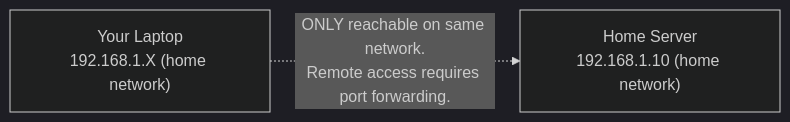
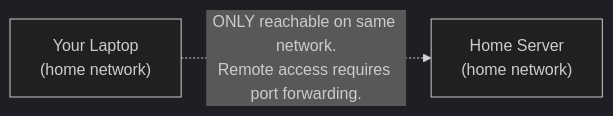
Before and after one commit to hexabyte8/homelab: the first of 2 diagrams in docs/disaster-recovery/technologies/tailscale.md, drawn with Mermaid (dark theme). The commit also changed 22 other files, not shown here.

````diff
--- a/docs/disaster-recovery/technologies/tailscale.md
+++ b/docs/disaster-recovery/technologies/tailscale.md
@@ -16,6 +16,6 @@
 ```mermaid
 graph LR
-    laptop["Your Laptop<br/>192.168.1.X (home network)"]
-    server["Home Server<br/>192.168.1.10 (home network)"]
+    laptop["Your Laptop<br/><lan-cidr> (home network)"]
+    server["Home Server<br/><proxmox-lan-ip> (home network)"]
     laptop -. "ONLY reachable on same network.<br/>Remote access requires port forwarding." .-> server
 ```
````
